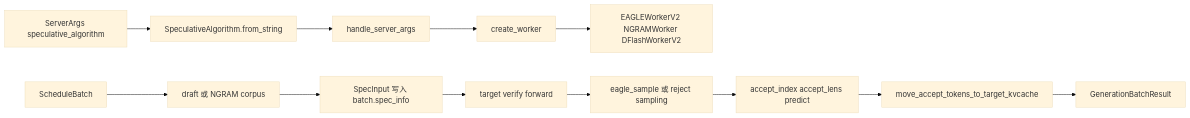
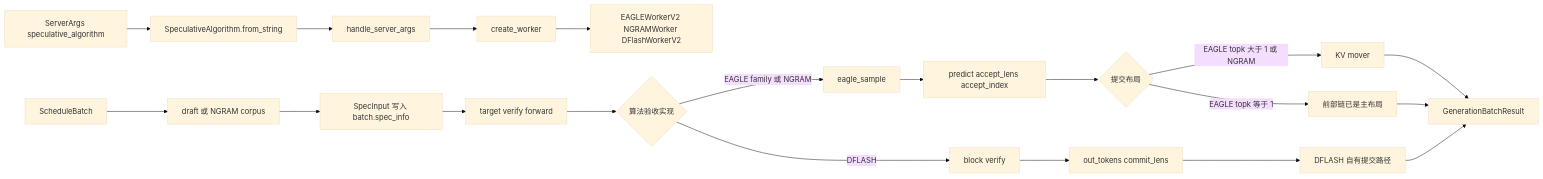
The diagram in sglang_reading/高级特性/Speculative/SGLang-Speculative.md (OnlyHero5/sglang-reading-vault), drawn with Mermaid (base theme) before and after one commit. The commit also changed other lines of this file and 512 other files, not shown here.

````diff
--- a/sglang_reading/高级特性/Speculative/SGLang-Speculative.md
+++ b/sglang_reading/高级特性/Speculative/SGLang-Speculative.md
@@ -36,14 +36,22 @@
 ```mermaid
 flowchart LR
   A[ServerArgs speculative_algorithm] --> B[SpeculativeAlgorithm.from_string]
   B --> C[handle_server_args]
   C --> D[create_worker]
   D --> E[EAGLEWorkerV2 NGRAMWorker DFlashWorkerV2]
   F[ScheduleBatch] --> G[draft 或 NGRAM corpus]
   G --> H[SpecInput 写入 batch.spec_info]
   H --> I[target verify forward]
-  I --> J[eagle_sample 或 reject sampling]
-  J --> K[accept_index accept_lens predict]
-  K --> L[move_accept_tokens_to_target_kvcache]
-  L --> M[GenerationBatchResult]
+  I --> J{算法验收实现}
+  J -->|EAGLE family 或 NGRAM| K[eagle_sample]
+  J -->|DFLASH| L[block verify]
+  K --> M[predict accept_lens accept_index]
+  L --> N[out_tokens commit_lens]
+  M --> O{提交布局}
+  O -->|EAGLE topk 大于 1 或 NGRAM| P[KV mover]
+  O -->|EAGLE topk 等于 1| Q[前部链已是主布局]
+  N --> R[DFLASH 自有提交路径]
+  P --> S[GenerationBatchResult]
+  Q --> S
+  R --> S
 ```
````
